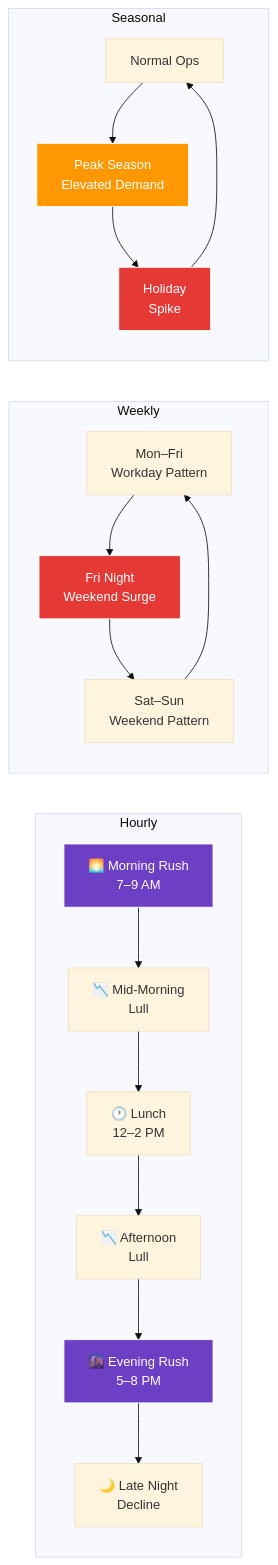
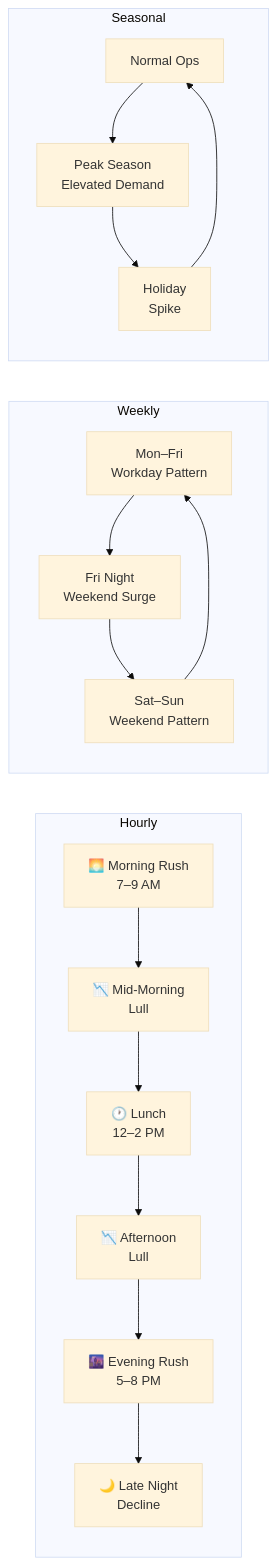
The first of 4 diagrams in 04-infrastructure-and-cloud/06-capacity-planning.md (rishikeshdhokare/platform-manifesto), drawn with Mermaid (base theme) before and after one commit. The commit also changed other lines of this file and 14 other files, not shown here.

First line of the commit message:
fix: remove mermaid style directives (119 lines across 15 files)

````diff
--- a/04-infrastructure-and-cloud/06-capacity-planning.md
+++ b/04-infrastructure-and-cloud/06-capacity-planning.md
@@ -46,28 +46,23 @@
 ```mermaid
 flowchart LR
     subgraph Hourly
         H1[🌅 Morning Rush\n7–9 AM] --> H2[📉 Mid-Morning\nLull]
         H2 --> H3[🕐 Lunch\n12–2 PM]
         H3 --> H4[📉 Afternoon\nLull]
         H4 --> H5[🌆 Evening Rush\n5–8 PM]
         H5 --> H6[🌙 Late Night\nDecline]
     end
 
     subgraph Weekly
         W1[Mon–Fri\nWorkday Pattern] --> W2[Fri Night\nWeekend Surge]
         W2 --> W3[Sat–Sun\nWeekend Pattern]
         W3 --> W1
     end
 
     subgraph Seasonal
         S1[Normal Ops] --> S2[Peak Season\nElevated Demand]
         S2 --> S3[Holiday\nSpike]
         S3 --> S1
     end
 
-    style H1 fill:#6C3FC5,stroke:#fff,color:#fff
-    style H5 fill:#6C3FC5,stroke:#fff,color:#fff
-    style W2 fill:#E53935,stroke:#fff,color:#fff
-    style S2 fill:#FF9800,stroke:#fff,color:#fff
-    style S3 fill:#E53935,stroke:#fff,color:#fff
 ```
````
